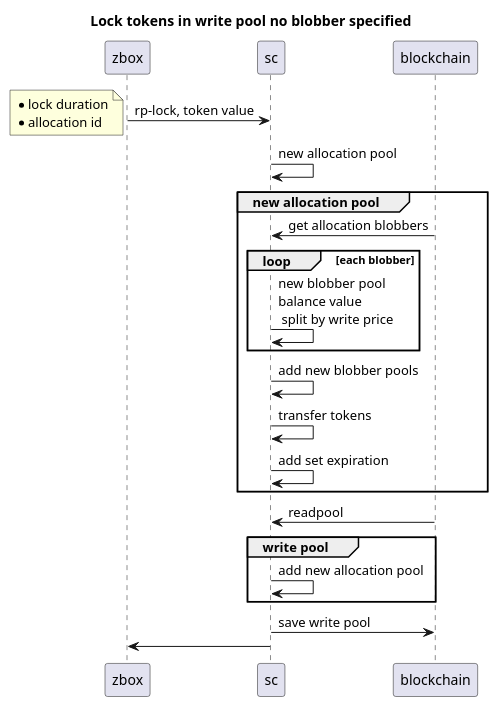
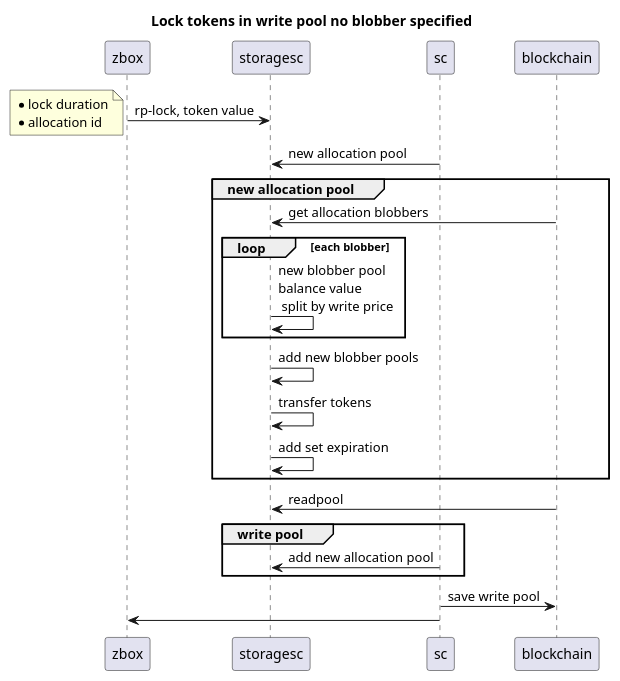
One commit to 0chain/zboxcli changed diagram 31 of 32 in documents/uml.md. Above: the diagram before and after it, drawn with PlantUML. The commit also changed other lines of this file and 1 other file, not shown here.

````diff
--- a/documents/uml.md
+++ b/documents/uml.md
@@ -711,24 +717,24 @@
 ```puml
 title Lock tokens in write pool no blobber specified
-zbox -> sc : rp-lock, token value
+zbox ->storagesc: rp-lock, token value
 note left
     * lock duration
     * allocation id
 end note 
-sc -> sc : new allocation pool
+sc ->storagesc: new allocation pool
 group new allocation pool
-    blockchain -> sc : get allocation blobbers
+    blockchain ->storagesc: get allocation blobbers
     loop each blobber
-        sc -> sc : new blobber pool\nbalance value \n split by write price
+       storagesc->storagesc: new blobber pool\nbalance value \n split by write price
     end
-    sc -> sc : add new blobber pools
-    sc -> sc : transfer tokens
-    sc -> sc : add set expiration
+   storagesc->storagesc: add new blobber pools
+   storagesc->storagesc: transfer tokens
+   storagesc->storagesc: add set expiration
 end
-blockchain -> sc : readpool
+blockchain ->storagesc: readpool
 group write pool
-sc -> sc : add new allocation pool
+sc ->storagesc: add new allocation pool
 end 
 sc -> blockchain : save write pool
 sc -> zbox
 ```
````
